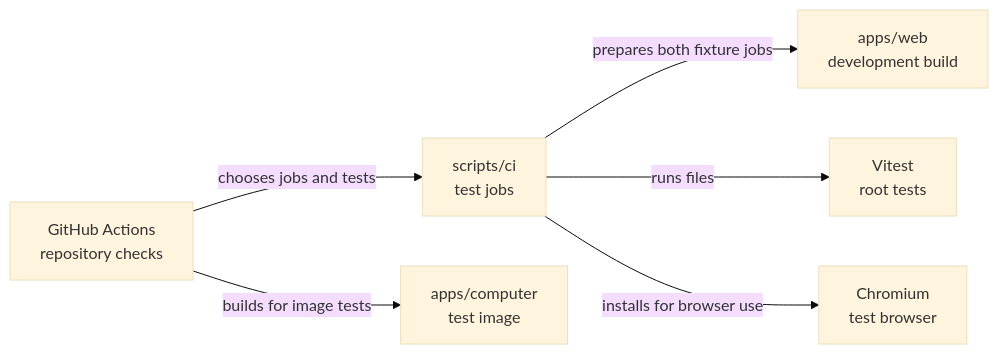
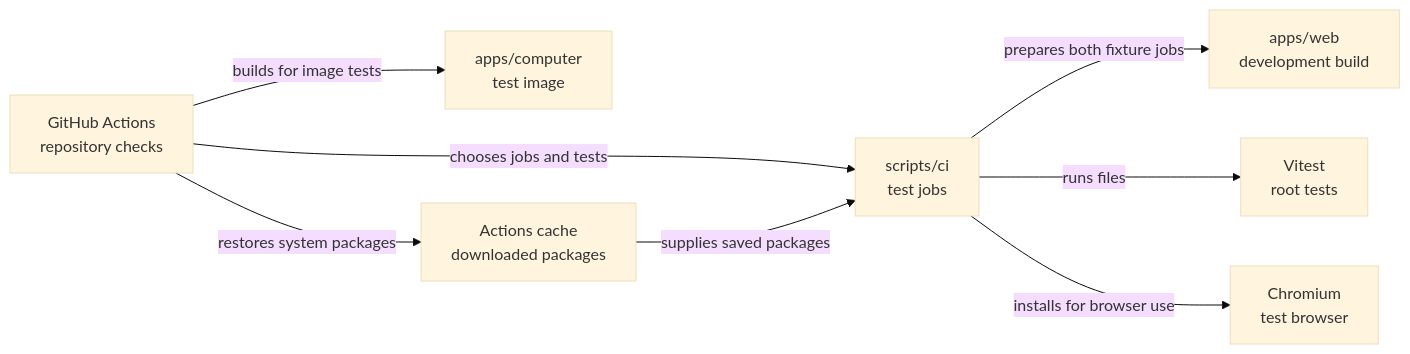
One commit to elewa-git/opencrane-new changed the diagram in scripts/ci/README.md. Above: the diagram before and after it, drawn with Mermaid (base theme). The commit also changed other lines of this file and 5 other files, not shown here.

Commit message:
⚡ Cache Chromium system packages on fresh CI runners

````diff
--- a/scripts/ci/README.md
+++ b/scripts/ci/README.md
@@ -13,8 +13,10 @@
 ```mermaid
 flowchart LR
   actions["GitHub Actions<br/>repository checks"] -->|chooses jobs and tests| ci["scripts/ci<br/>test jobs"]
   ci -->|prepares both fixture jobs| web["apps/web<br/>development build"]
   ci -->|runs files| vitest["Vitest<br/>root tests"]
   actions -->|builds for image tests| computer["apps/computer<br/>test image"]
   ci -->|installs for browser use| chromium["Chromium<br/>test browser"]
+  actions -->|restores system packages| cache["Actions cache<br/>downloaded packages"]
+  cache -->|supplies saved packages| ci
 ```
````
